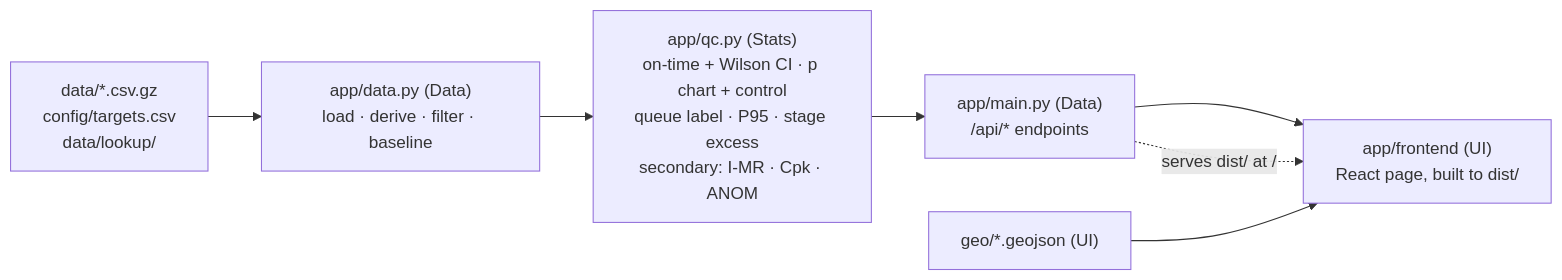
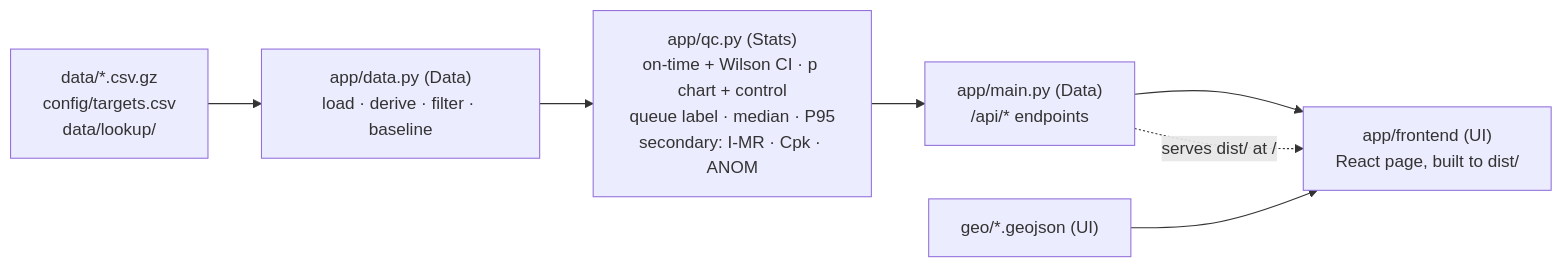
One commit to allyannap/sixsigma changed the diagram in docs/roles.md. Above: the diagram before and after it, drawn with Mermaid. The commit also changed 27 other files, not shown here.

````diff
--- a/docs/roles.md
+++ b/docs/roles.md
@@ -15,9 +15,9 @@
 ```mermaid
 flowchart LR
   d["data/*.csv.gz<br>config/targets.csv<br>data/lookup/"] --> dl["app/data.py (Data)<br>load · derive · filter · baseline"]
-  dl --> qc["app/qc.py (Stats)<br>on-time + Wilson CI · p chart + control<br>queue label · P95 · stage excess<br>secondary: I-MR · Cpk · ANOM"]
+  dl --> qc["app/qc.py (Stats)<br>on-time + Wilson CI · p chart + control<br>queue label · median · P95<br>secondary: I-MR · Cpk · ANOM"]
   qc --> api["app/main.py (Data)<br>/api/* endpoints"]
   api --> ui["app/frontend (UI)<br>React page, built to dist/"]
   geo["geo/*.geojson (UI)"] --> ui
   api -. serves dist/ at / .-> ui
 ```
````
